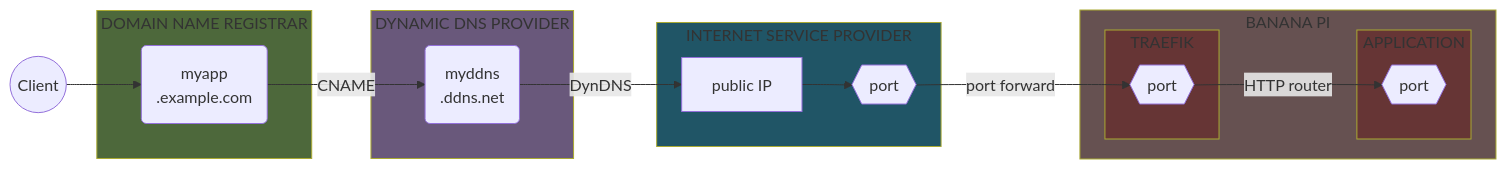
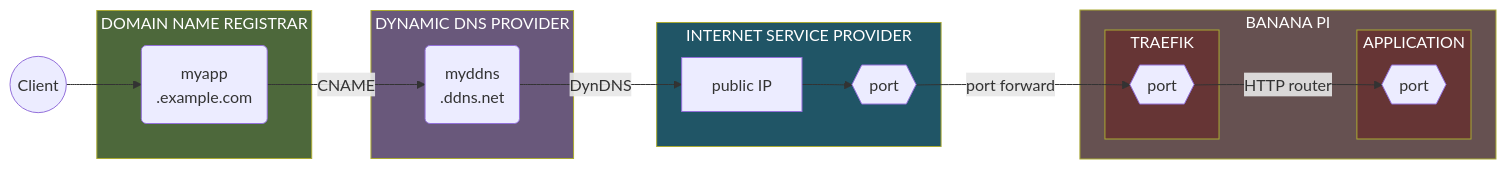
One commit to Yann39/self-hosted changed the second of 19 diagrams in README.md. Above: the diagram before and after it, drawn with Mermaid. The commit also changed other lines of this file, not shown here.

Commit message:
force white text on dark background on every mermaid diagram, so it is readable in light mode

````diff
--- a/README.md
+++ b/README.md
@@ -690,46 +690,46 @@
 ```mermaid
 flowchart LR
-    style HOSTING_PROVIDER fill: #4d683b
-    style DDNS_PROVIDER fill: #69587b
-    style INTERNET_SERVICE_PROVIDER fill: #205566
-    style TRAEFIK_CONTAINER fill: #663535
-    style APPLICATION fill: #663535
-    style SINGLE_BOARD_COMPUTER fill: #665151
+    style HOSTING_PROVIDER fill:#4d683b,color:#fff
+    style DDNS_PROVIDER fill:#69587b,color:#fff
+    style INTERNET_SERVICE_PROVIDER fill:#205566,color:#fff
+    style TRAEFIK_CONTAINER fill:#663535,color:#fff
+    style APPLICATION fill:#663535,color:#fff
+    style SINGLE_BOARD_COMPUTER fill:#665151,color:#fff
     CLIENT((Client))
     SUBDOMAIN_MYAPP(myapp\n.example.com)
     DDNS(myddns\n.ddns.net)
     ROUTER[public IP]
     ROUTER_PORT{{port}}
     DOCKER_TRAEFIK_PORT{{port}}
     APPLICATION_PORT{{port}}
 
     subgraph HOSTING_PROVIDER[DOMAIN NAME REGISTRAR]
         SUBDOMAIN_MYAPP
     end
 
     subgraph DDNS_PROVIDER[DYNAMIC DNS PROVIDER]
         DDNS
     end
 
     subgraph INTERNET_SERVICE_PROVIDER[INTERNET SERVICE PROVIDER]
         ROUTER
         ROUTER_PORT
     end
 
     subgraph SINGLE_BOARD_COMPUTER[BANANA PI]
         subgraph TRAEFIK_CONTAINER[TRAEFIK]
             DOCKER_TRAEFIK_PORT
         end
 
         subgraph APPLICATION[APPLICATION]
             APPLICATION_PORT
         end
     end
 
     CLIENT --> SUBDOMAIN_MYAPP
     SUBDOMAIN_MYAPP -->|CNAME| DDNS
     DDNS -->|DynDNS| ROUTER
     ROUTER --> ROUTER_PORT
     ROUTER_PORT -->|port forward| DOCKER_TRAEFIK_PORT
     DOCKER_TRAEFIK_PORT -->|HTTP router| APPLICATION_PORT
 ```
````
